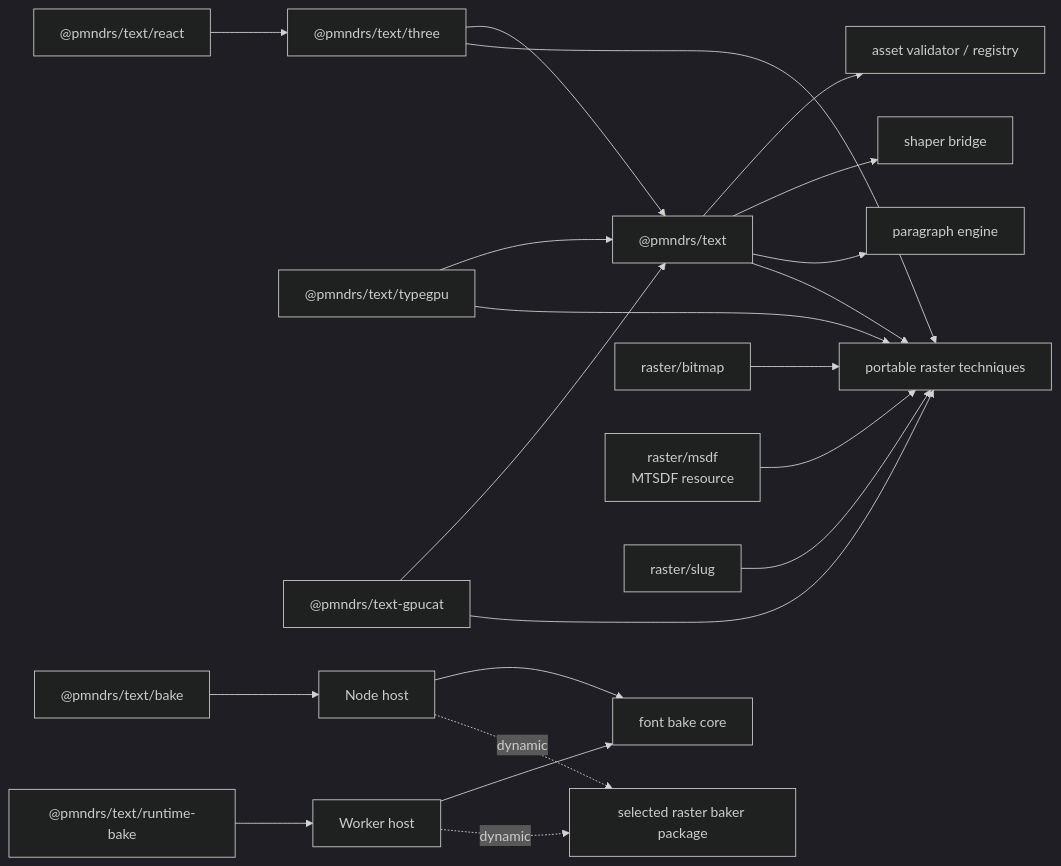
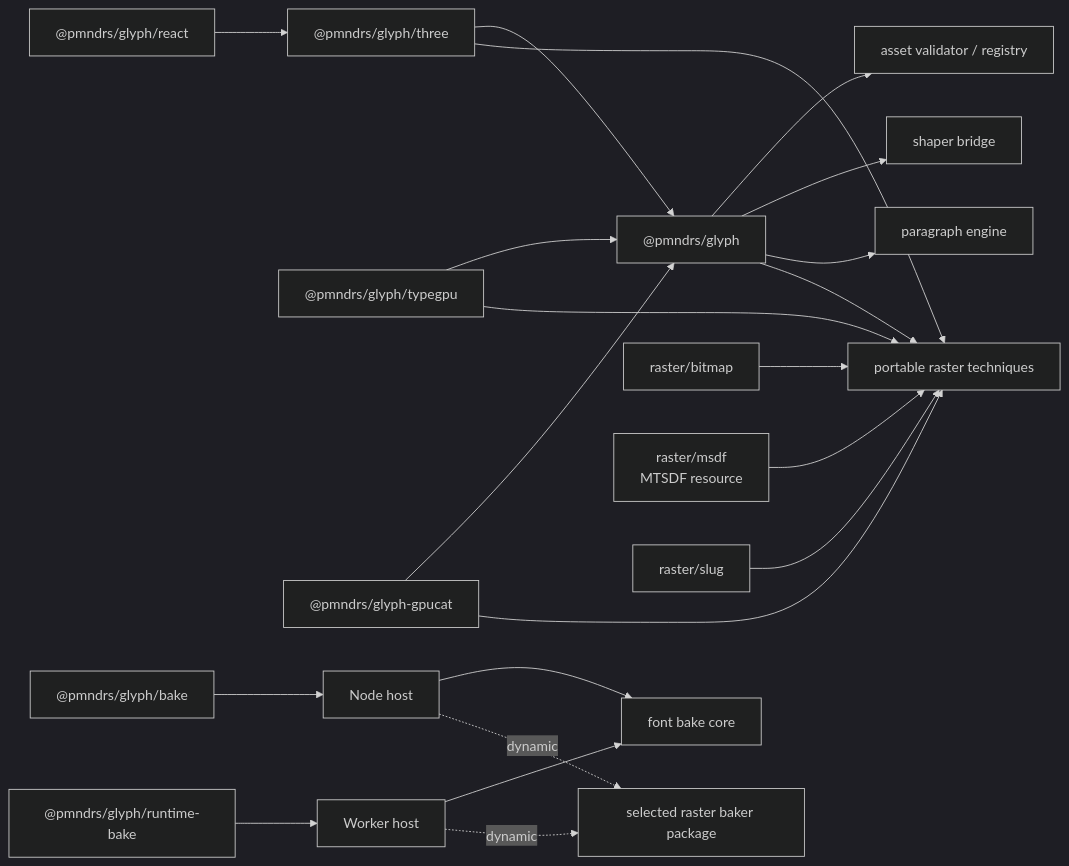
The third of 6 diagrams in docs/planning/architecture.md (alvarosabu/glyph), drawn with Mermaid (dark theme) before and after one commit. The commit also changed other lines of this file and 782 other files, not shown here.

Commit message:
refactor!: rename text package to glyph (#78)

````diff
--- a/docs/planning/architecture.md
+++ b/docs/planning/architecture.md
@@ -249,20 +249,20 @@
 ```mermaid
 flowchart LR
-  React["@pmndrs/text/react"] --> Three["@pmndrs/text/three"] --> Core["@pmndrs/text"]
-  TypeGPU["@pmndrs/text/typegpu"] --> Core
-  Gpucat["@pmndrs/text-gpucat"] --> Core
+  React["@pmndrs/glyph/react"] --> Three["@pmndrs/glyph/three"] --> Core["@pmndrs/glyph"]
+  TypeGPU["@pmndrs/glyph/typegpu"] --> Core
+  Gpucat["@pmndrs/glyph-gpucat"] --> Core
   Core --> Registry["asset validator / registry"]
   Core --> Shaper["shaper bridge"]
   Core --> Paragraph["paragraph engine"]
   Core --> Interfaces["portable raster techniques"]
-  Bake["@pmndrs/text/bake"] --> Node["Node host"] --> Shared["font bake core"]
-  Runtime["@pmndrs/text/runtime-bake"] --> Worker["Worker host"] --> Shared
+  Bake["@pmndrs/glyph/bake"] --> Node["Node host"] --> Shared["font bake core"]
+  Runtime["@pmndrs/glyph/runtime-bake"] --> Worker["Worker host"] --> Shared
   Node -. "dynamic" .-> Generator["selected raster baker package"]
   Worker -. "dynamic" .-> Generator
   Bitmap["raster/bitmap"] --> Interfaces
   Msdf["raster/msdf<br/>MTSDF resource"] --> Interfaces
   Slug["raster/slug"] --> Interfaces
   Three --> Interfaces
   TypeGPU --> Interfaces
   Gpucat --> Interfaces
 ```
````
